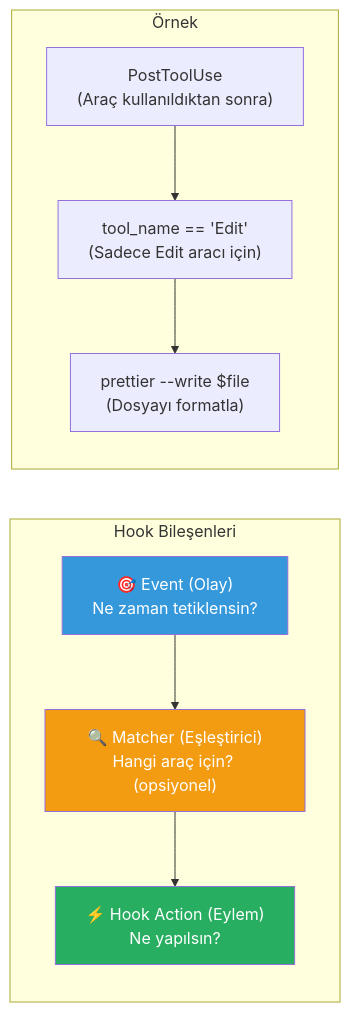
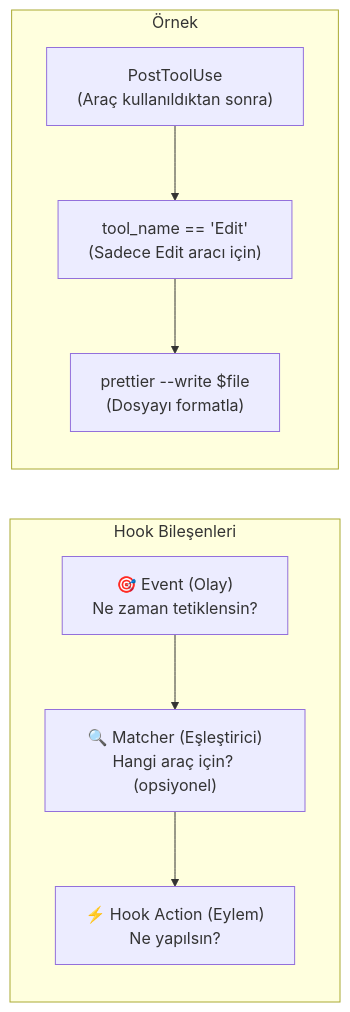
The first of 5 diagrams in 14-hooks-ve-otomasyon/01-hooks-nedir.md (IzzetYasinAtes/ClaudeCodeHandbook), drawn with Mermaid before and after one commit. The commit also changed other lines of this file and 97 other files, not shown here.

Commit message:
Remove all custom Mermaid style/fill colors from 98 markdown files for consistent dark theme rendering

````diff
--- a/14-hooks-ve-otomasyon/01-hooks-nedir.md
+++ b/14-hooks-ve-otomasyon/01-hooks-nedir.md
@@ -19,24 +19,21 @@
 ```mermaid
 flowchart LR
     subgraph hook ["Hook Bileşenleri"]
         direction TB
         EVENT["🎯 Event (Olay)<br/>Ne zaman tetiklensin?"]
         MATCHER["🔍 Matcher (Eşleştirici)<br/>Hangi araç için? (opsiyonel)"]
         ACTION["⚡ Hook Action (Eylem)<br/>Ne yapılsın?"]
     end
 
     EVENT --> MATCHER --> ACTION
 
     subgraph ornekler ["Örnek"]
         direction TB
         E1["PostToolUse<br/>(Araç kullanıldıktan sonra)"]
         M1["tool_name == 'Edit'<br/>(Sadece Edit aracı için)"]
         A1["prettier --write $file<br/>(Dosyayı formatla)"]
     end
 
     E1 --> M1 --> A1
 
-    style EVENT fill:#3498DB,color:#fff
-    style MATCHER fill:#F39C12,color:#fff
-    style ACTION fill:#27AE60,color:#fff
 ```
````
